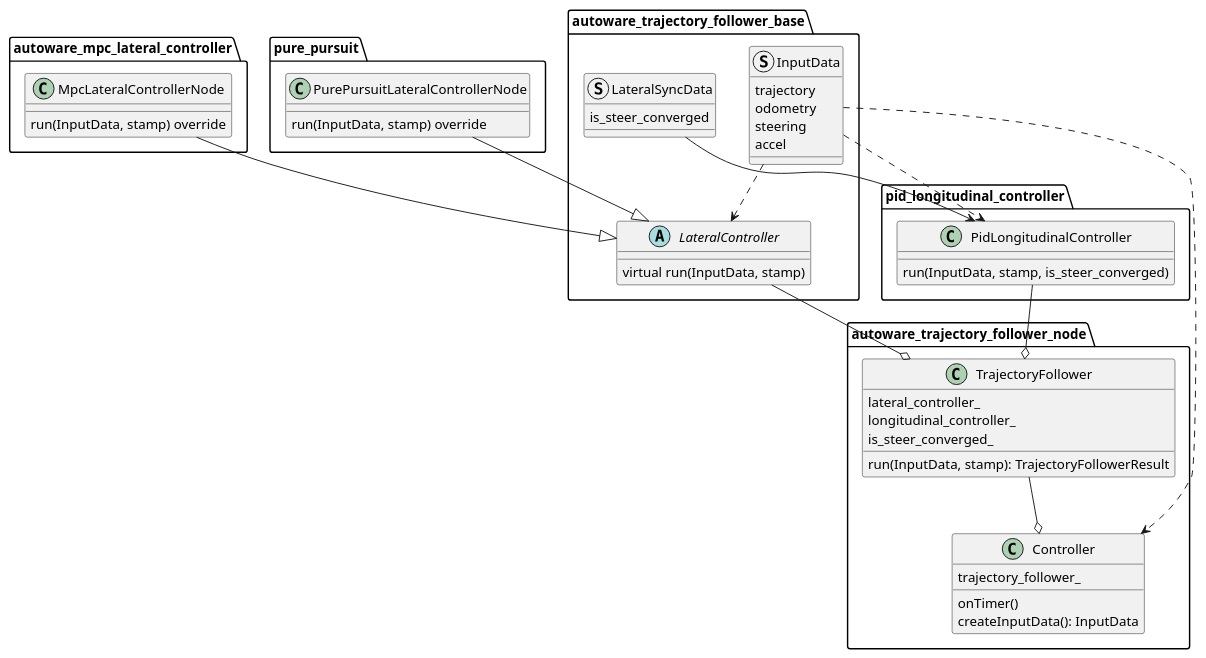
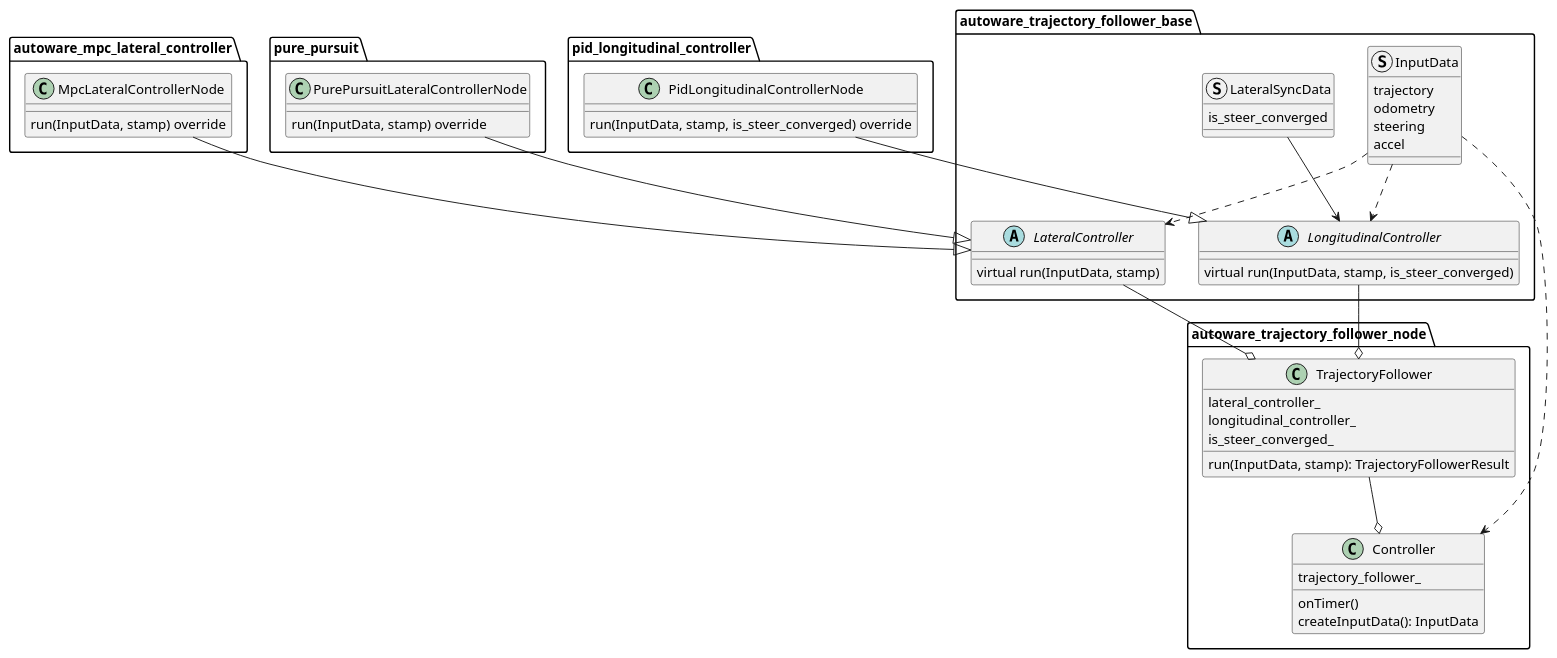
The diagram in control/autoware_trajectory_follower_node/README.md (interimadd/autoware_universe), drawn with PlantUML before and after one commit. The commit also changed other lines of this file and 1 other file, not shown here.

Commit message:
docs(autoware_trajectory_follower_base): describe the two interfaces and the two classes behind each
The longitudinal side now has an interface of its own, and every algorithm comes as a core
class and a node adapter.

````diff
--- a/control/autoware_trajectory_follower_node/README.md
+++ b/control/autoware_trajectory_follower_node/README.md
@@ -13,61 +13,65 @@
 ```plantuml
 @startuml
 package autoware_trajectory_follower_base {
 abstract class LateralController {
 virtual run(InputData, stamp)
+}
+abstract class LongitudinalController {
+virtual run(InputData, stamp, is_steer_converged)
 }
 
 struct InputData {
 trajectory
 odometry
 steering
 accel
 }
 struct LateralSyncData {
 is_steer_converged
 }
 }
 
 package autoware_mpc_lateral_controller {
 class MpcLateralControllerNode {
 run(InputData, stamp) override
 }
 }
 package pure_pursuit {
 class PurePursuitLateralControllerNode {
 run(InputData, stamp) override
 }
 }
 package pid_longitudinal_controller {
-class PidLongitudinalController {
-run(InputData, stamp, is_steer_converged)
+class PidLongitudinalControllerNode {
+run(InputData, stamp, is_steer_converged) override
 }
 }
 
 package autoware_trajectory_follower_node {
 class TrajectoryFollower {
 lateral_controller_
 longitudinal_controller_
 is_steer_converged_
 run(InputData, stamp): TrajectoryFollowerResult
 }
 class Controller {
 trajectory_follower_
 onTimer()
 createInputData(): InputData
 }
 }
 
 MpcLateralControllerNode --|> LateralController
 PurePursuitLateralControllerNode --|> LateralController
+PidLongitudinalControllerNode --|> LongitudinalController
 
-LateralSyncData --> PidLongitudinalController
+LateralSyncData --> LongitudinalController
 InputData ..> LateralController
-InputData ..> PidLongitudinalController
+InputData ..> LongitudinalController
 
 LateralController --o TrajectoryFollower
-PidLongitudinalController --o TrajectoryFollower
+LongitudinalController --o TrajectoryFollower
 TrajectoryFollower --o Controller
 InputData ..> Controller
 @enduml
 ```
````
